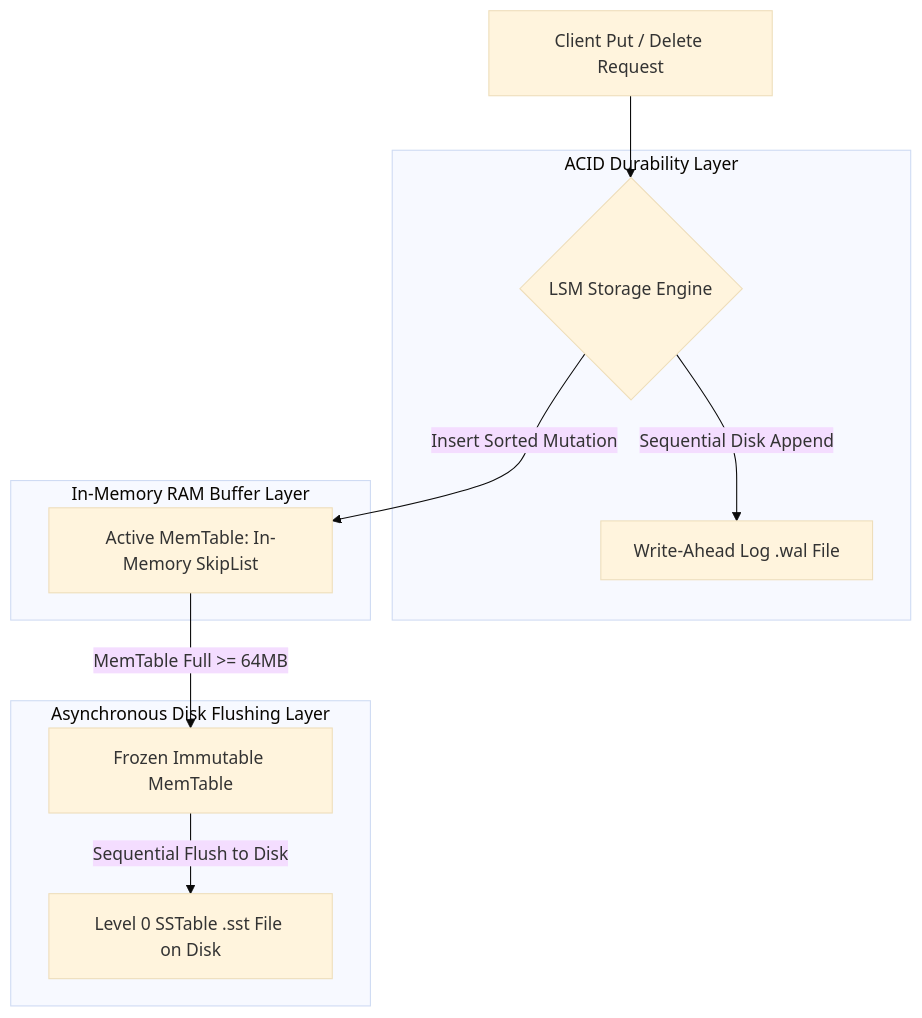
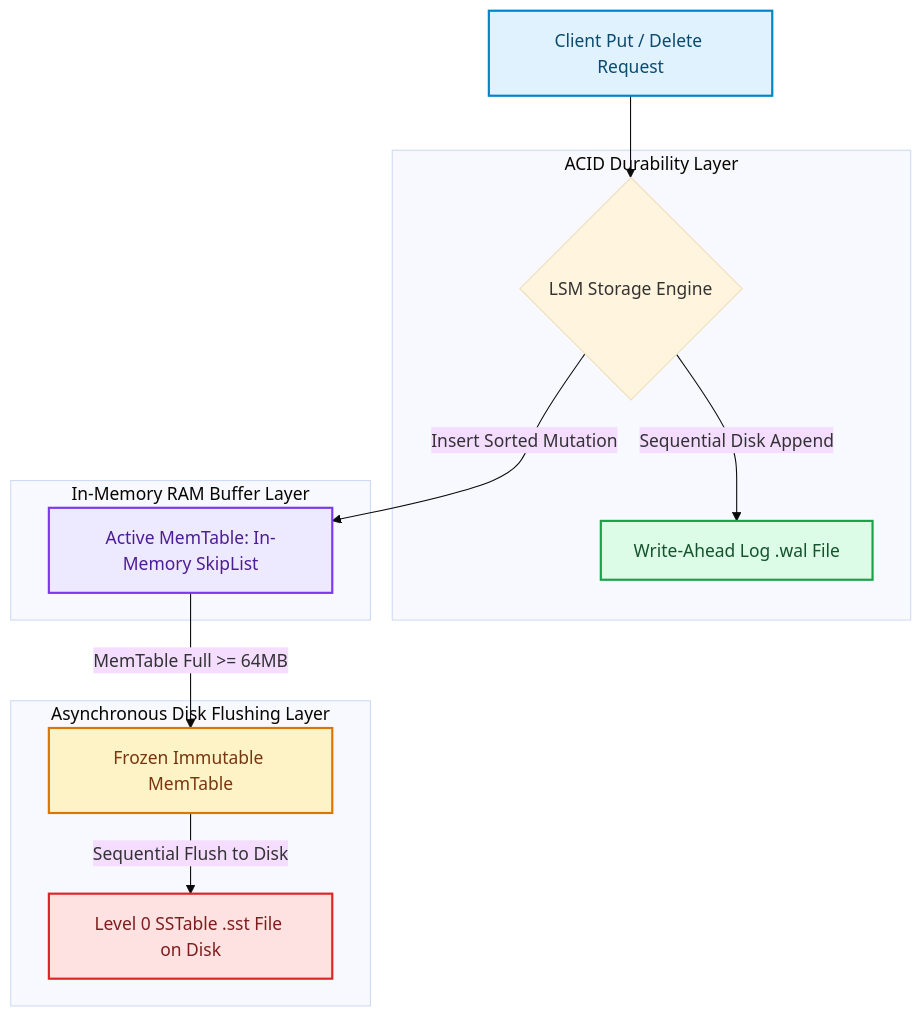
The diagram in blog/posts/lsm-tree-architecture-memtable-wal-sstable-ingestion.md (akmalkhaniub/akmalkhaniub.github.io), drawn with Mermaid (base theme) before and after one commit. The commit also changed other lines of this file and 1291 other files, not shown here.

First line of the commit message:
feat(catalog): unique covers, scholarly references, and diagram palettes

````diff
--- a/blog/posts/lsm-tree-architecture-memtable-wal-sstable-ingestion.md
+++ b/blog/posts/lsm-tree-architecture-memtable-wal-sstable-ingestion.md
@@ -19,17 +19,28 @@
 ```mermaid
 flowchart TD
-  WriteReq[Client Put / Delete Request] --> Engine{LSM Storage Engine}
+  WriteReq["Client Put / Delete Request"] --> Engine{LSM Storage Engine}
   
   subgraph SG1_AcidDurabilityLayer ["ACID Durability Layer"]
-    Engine -->|Sequential Disk Append| WAL[Write-Ahead Log .wal File]
+    Engine -->|Sequential Disk Append| WAL["Write-Ahead Log .wal File"]
   end
   
   subgraph SG2_InMemoryRam ["In-Memory RAM Buffer Layer"]
-    Engine -->|Insert Sorted Mutation| MemTable[Active MemTable: In-Memory SkipList]
+    Engine -->|Insert Sorted Mutation| MemTable["Active MemTable: In-Memory SkipList"]
   end
   
   subgraph SG3_AsynchronousDiskFlushing ["Asynchronous Disk Flushing Layer"]
-    MemTable -->|MemTable Full >= 64MB| ImmutableMem[Frozen Immutable MemTable]
-    ImmutableMem -->|Sequential Flush to Disk| Level0SST[Level 0 SSTable .sst File on Disk]
+    MemTable -->|MemTable Full >= 64MB| ImmutableMem["Frozen Immutable MemTable"]
+    ImmutableMem -->|Sequential Flush to Disk| Level0SST["Level 0 SSTable .sst File on Disk"]
   end
+
+classDef green fill:#dcfce7,stroke:#16a34a,stroke-width:2px,color:#14532d;
+classDef red fill:#fee2e2,stroke:#dc2626,stroke-width:2px,color:#7f1d1d;
+classDef blue fill:#e0f2fe,stroke:#0284c7,stroke-width:2px,color:#0c4a6e;
+classDef yellow fill:#fef3c7,stroke:#d97706,stroke-width:2px,color:#78350f;
+classDef purple fill:#ede9fe,stroke:#7c3aed,stroke-width:2px,color:#4c1d95;
+class WriteReq blue
+class WAL green
+class MemTable purple
+class ImmutableMem yellow
+class Level0SST red
 ```
````
